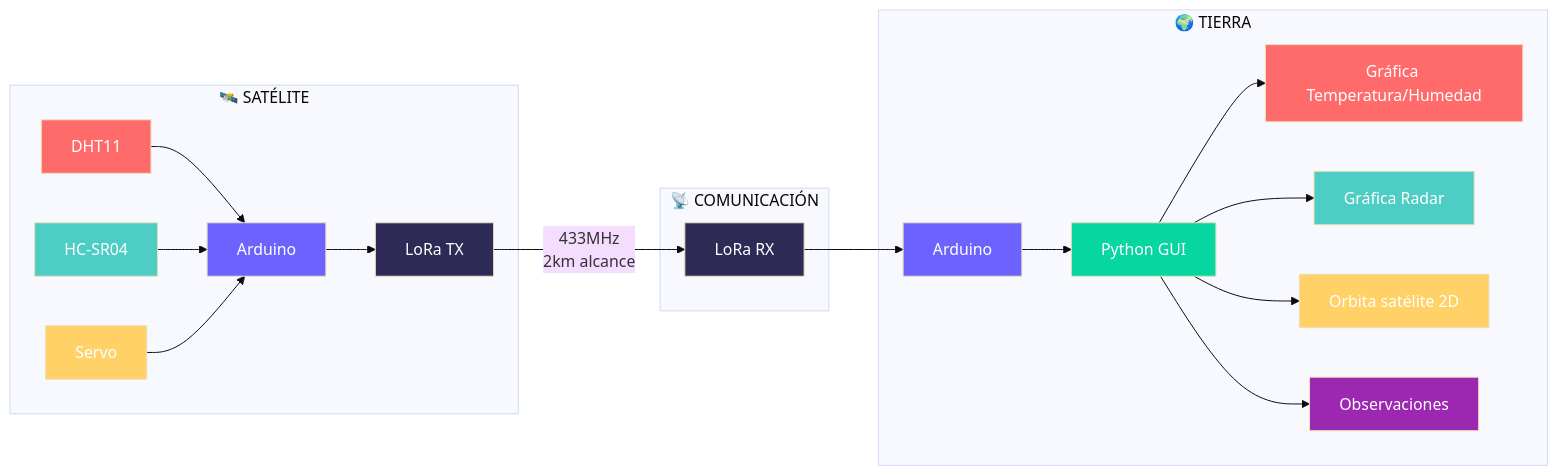
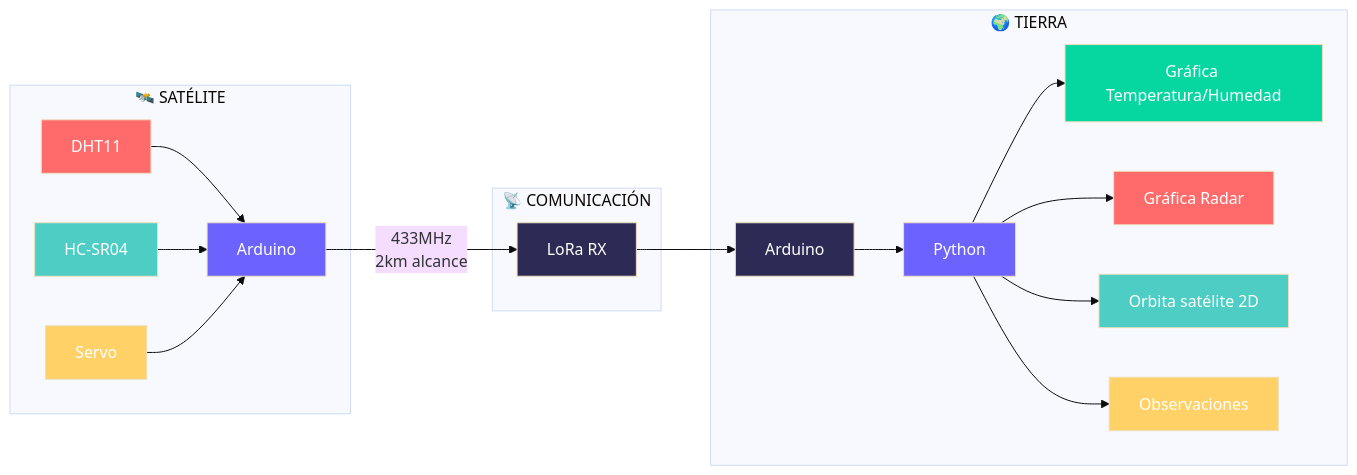
One commit to asierromero/PROJECTE_G15 changed the diagram in README.md. Above: the diagram before and after it, drawn with Mermaid (base theme).

Commit message:
README.md

````diff
--- a/README.md
+++ b/README.md
@@ -123,37 +123,35 @@
 ```mermaid
 graph LR
     subgraph "🛰️ SATÉLITE"
         A[DHT11] --> B[Arduino]
         C[HC-SR04] --> B
         D[Servo] --> B
-        B --> E[LoRa TX]
     end
     
     subgraph "📡 COMUNICACIÓN"
-        E -- "433MHz<br/>2km alcance" --> F
+        B -- "433MHz<br/>2km alcance" --> E
     end
     
     subgraph "🌍 TIERRA"
-        F[LoRa RX] --> G[Arduino]
-        G --> H[Python GUI]
-        H --> I[Gráfica Temperatura/Humedad]
-        H --> J[Gráfica Radar]
-        H --> K[Orbita satélite 2D]
-        H --> L[Observaciones]
+        E[LoRa RX] --> F[Arduino]
+        F --> G[Python]
+        G --> H[Gráfica Temperatura/Humedad]
+        G --> I[Gráfica Radar]
+        G --> J[Orbita satélite 2D]
+        G --> K[Observaciones]
     end
     
     style A fill:#FF6B6B,color:#fff
     style C fill:#4ECDC4,color:#fff
     style D fill:#FFD166,color:#fff
     style B fill:#6C63FF,color:#fff
     style E fill:#2D2B55,color:#fff
     
     style F fill:#2D2B55,color:#fff
     style G fill:#6C63FF,color:#fff
     style H fill:#06D6A0,color:#fff
     
     style I fill:#FF6B6B,color:#fff
     style J fill:#4ECDC4,color:#fff
     style K fill:#FFD166,color:#fff
-    style L fill:#9C27B0,color:#fff
 ```
````
